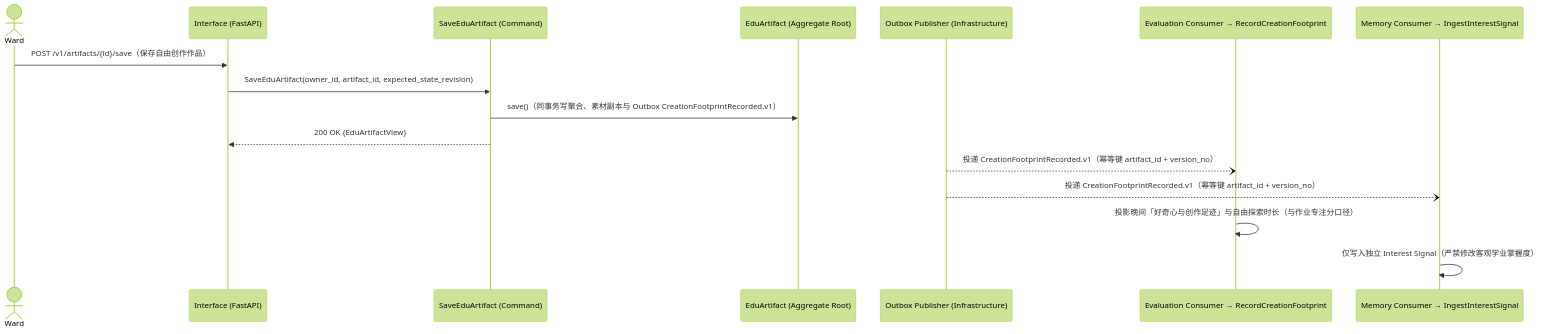
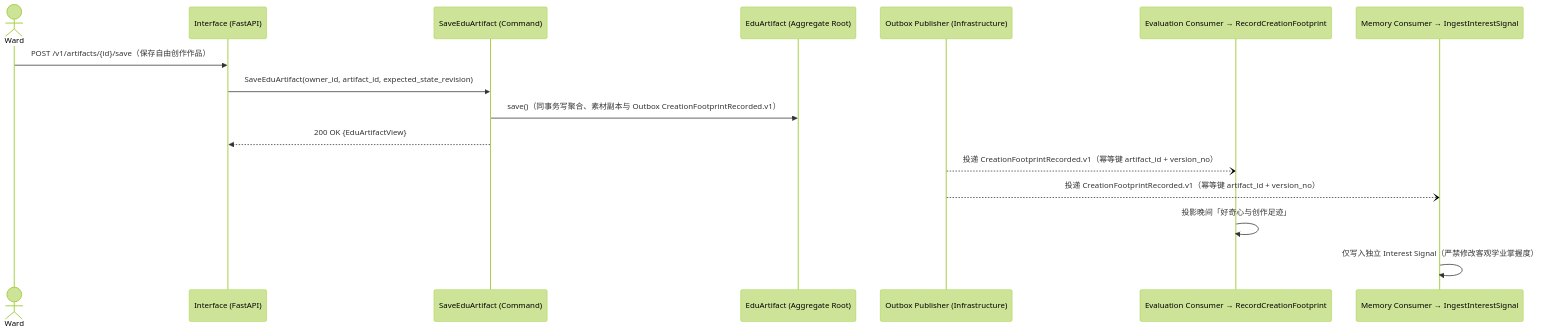
The fifth of 6 diagrams in docs/technical/domain-artifact-workspace.md (johanchow/duxue), drawn with Mermaid (forest theme) before and after one commit. The commit also changed other lines of this file and 12 other files, not shown here.

````diff
--- a/docs/technical/domain-artifact-workspace.md
+++ b/docs/technical/domain-artifact-workspace.md
@@ -242,19 +242,19 @@
 ```mermaid
 sequenceDiagram
     actor W as Ward
     participant IF as Interface (FastAPI)
     participant CMD as SaveEduArtifact (Command)
     participant AGG as EduArtifact (Aggregate Root)
     participant OB as Outbox Publisher (Infrastructure)
     participant EV_C as Evaluation Consumer → RecordCreationFootprint
     participant MU_C as Memory Consumer → IngestInterestSignal
 
     W->>IF: POST /v1/artifacts/{id}/save（保存自由创作作品）
     IF->>CMD: SaveEduArtifact(owner_id, artifact_id, expected_state_revision)
     CMD->>AGG: save()（同事务写聚合、素材副本与 Outbox CreationFootprintRecorded.v1）
     CMD-->>IF: 200 OK {EduArtifactView}
     OB--)EV_C: 投递 CreationFootprintRecorded.v1（幂等键 artifact_id + version_no）
     OB--)MU_C: 投递 CreationFootprintRecorded.v1（幂等键 artifact_id + version_no）
-    EV_C->>EV_C: 投影晚间「好奇心与创作足迹」与自由探索时长（与作业专注分口径）
+    EV_C->>EV_C: 投影晚间「好奇心与创作足迹」
     MU_C->>MU_C: 仅写入独立 Interest Signal（严禁修改客观学业掌握度）
 ```
````
